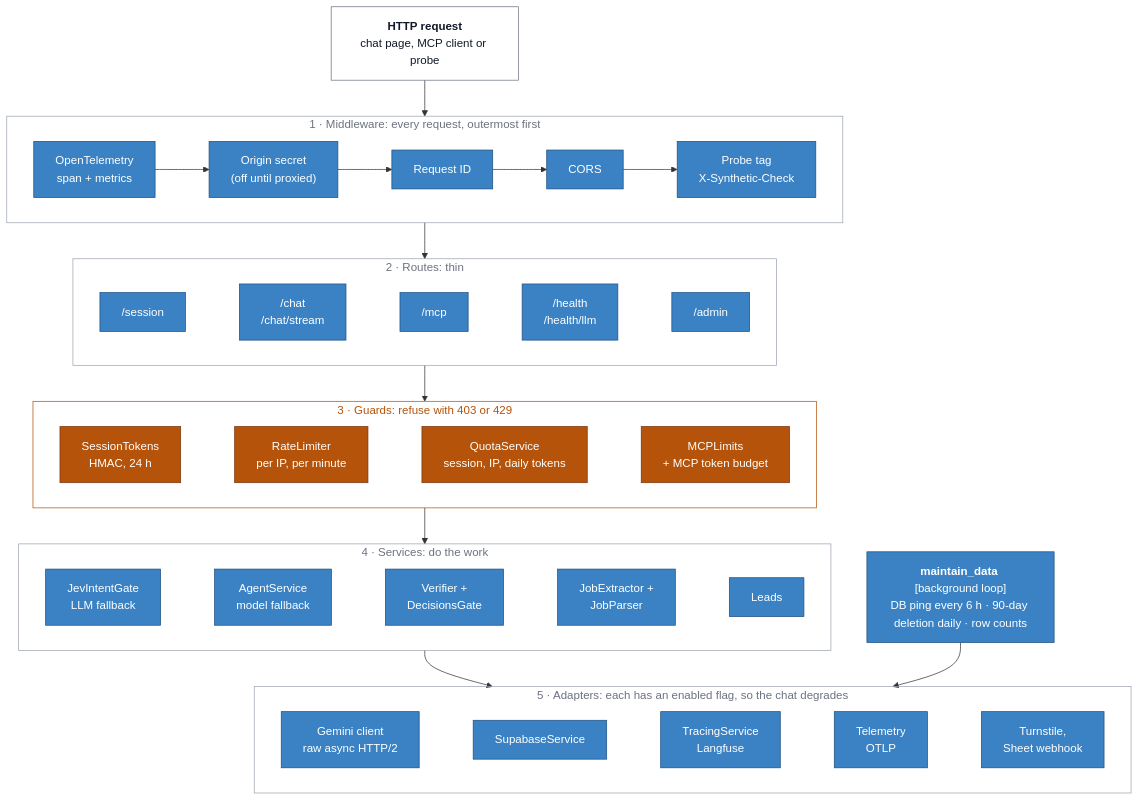
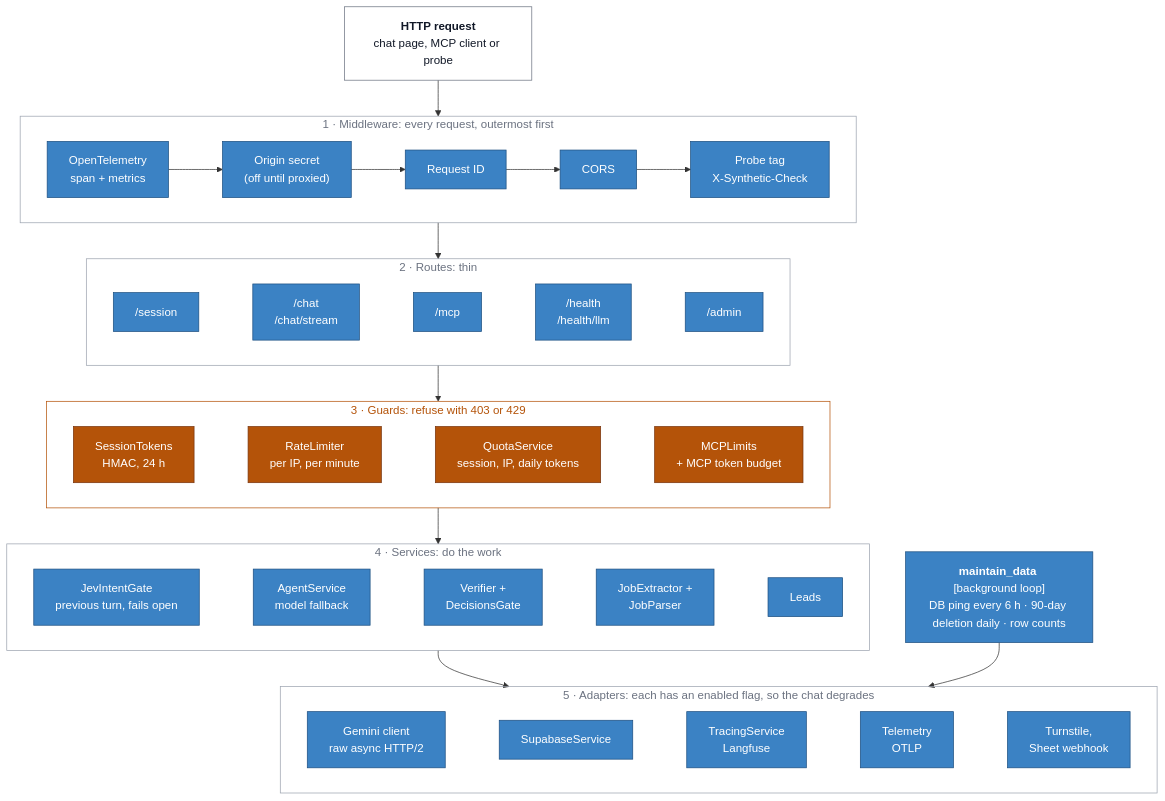
The third of 11 diagrams in docs/ARCHITECTURE.md (Rayhanpatel/AI-Resume-Agent), drawn with Mermaid before and after one commit. The commit also changed other lines of this file and 8 other files, not shown here.

````diff
--- a/docs/ARCHITECTURE.md
+++ b/docs/ARCHITECTURE.md
@@ -139,43 +139,43 @@
 ```mermaid
 flowchart TB
     accTitle: Backend components in five layers
     accDescr: A request passes middleware, a thin route, guards that can refuse it, services that do the work, and adapters to external services. A background loop maintains the database.
     req["<b>HTTP request</b><br/>chat page, MCP client or probe"]
 
     subgraph L1["1 · Middleware: every request, outermost first"]
         direction LR
         m1["OpenTelemetry<br/>span + metrics"] --> m2["Origin secret<br/>(off until proxied)"] --> m3["Request ID"] --> m4["CORS"] --> m5["Probe tag<br/>X-Synthetic-Check"]
     end
     subgraph L2["2 · Routes: thin"]
         direction LR
         r1["/session"] ~~~ r2["/chat<br/>/chat/stream"] ~~~ r3["/mcp"] ~~~ r4["/health<br/>/health/llm"] ~~~ r5["/admin"]
     end
     subgraph L3["3 · Guards: refuse with 403 or 429"]
         direction LR
         g1["SessionTokens<br/>HMAC, 24 h"] ~~~ g2["RateLimiter<br/>per IP, per minute"] ~~~ g3["QuotaService<br/>session, IP, daily tokens"] ~~~ g4["MCPLimits<br/>+ MCP token budget"]
     end
     subgraph L4["4 · Services: do the work"]
         direction LR
-        s1["JevIntentGate<br/>LLM fallback"] ~~~ s2["AgentService<br/>model fallback"] ~~~ s3["Verifier +<br/>DecisionsGate"] ~~~ s4["JobExtractor +<br/>JobParser"] ~~~ s5["Leads"]
+        s1["JevIntentGate<br/>previous turn, fails open"] ~~~ s2["AgentService<br/>model fallback"] ~~~ s3["Verifier +<br/>DecisionsGate"] ~~~ s4["JobExtractor +<br/>JobParser"] ~~~ s5["Leads"]
     end
     subgraph L5["5 · Adapters: each has an enabled flag, so the chat degrades"]
         direction LR
         a1["Gemini client<br/>raw async HTTP/2"] ~~~ a2["SupabaseService"] ~~~ a3["TracingService<br/>Langfuse"] ~~~ a4["Telemetry<br/>OTLP"] ~~~ a5["Turnstile,<br/>Sheet webhook"]
     end
     bg["<b>maintain_data</b> [background loop]<br/>DB ping every 6 h · 90-day deletion daily · row counts"]
 
     req --> L1 --> L2 --> L3 --> L4 --> L5
     bg --> L5
 
     classDef layer fill:#3b82c4,stroke:#1d4f80,color:#ffffff
     classDef guard fill:#b45309,stroke:#78350f,color:#ffffff
     classDef plain fill:#ffffff,stroke:#6b7280,color:#111827
     class m1,m2,m3,m4,m5,r1,r2,r3,r4,r5,s1,s2,s3,s4,s5,a1,a2,a3,a4,a5,bg layer
     class g1,g2,g3,g4 guard
     class req plain
     style L1 fill:none,stroke:#9ca3af,color:#6b7280
     style L2 fill:none,stroke:#9ca3af,color:#6b7280
     style L3 fill:none,stroke:#b45309,color:#b45309
     style L4 fill:none,stroke:#9ca3af,color:#6b7280
     style L5 fill:none,stroke:#9ca3af,color:#6b7280
 ```
````
